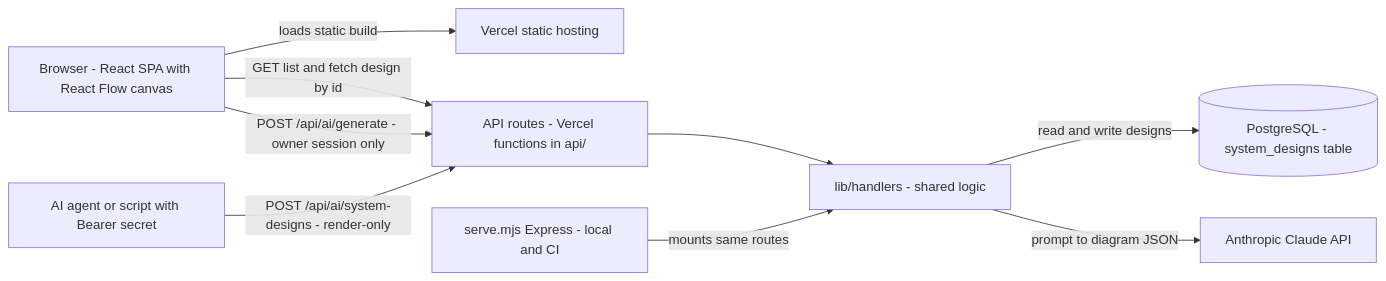
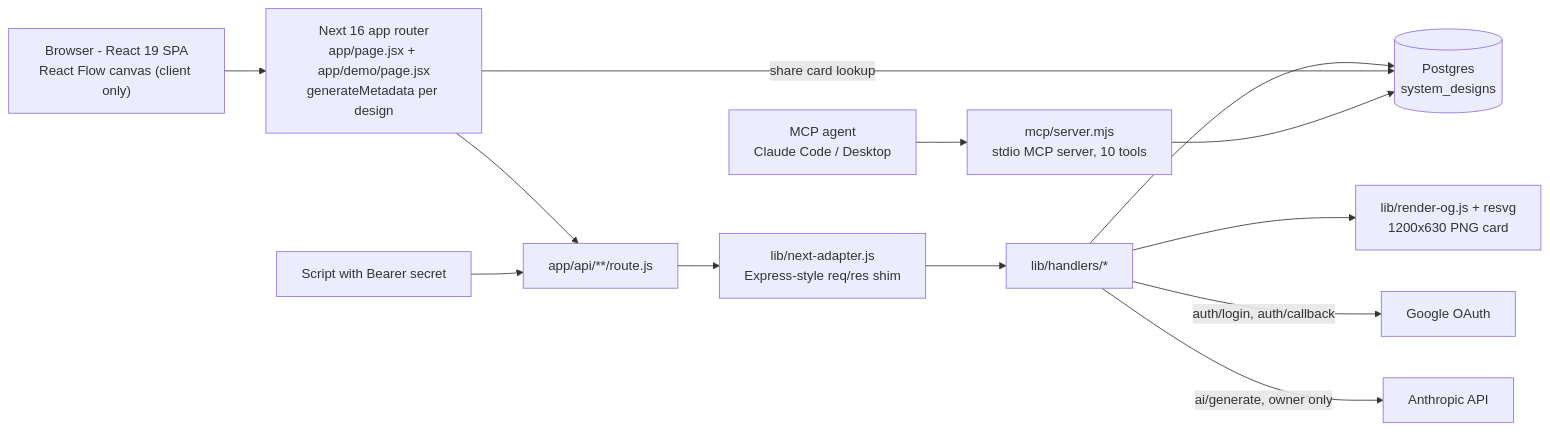
Before and after one commit to bunlongheng/system-design: the diagram in README.md, drawn with Mermaid. The commit also changed other lines of this file and 1 other file, not shown here.

First line of the commit message:
docs: README and MCP README rewritten for the Next.js app and the real API

````diff
--- a/README.md
+++ b/README.md
@@ -45,20 +36,26 @@
 ```mermaid
 flowchart LR
-  Browser["Browser - React SPA with React Flow canvas"]
-  Caller["AI agent or script with Bearer secret"]
-  Static["Vercel static hosting"]
-  API["API routes - Vercel functions in api/"]
-  Local["serve.mjs Express - local and CI"]
-  Handlers["lib/handlers - shared logic"]
-  DB[("PostgreSQL - system_designs table")]
-  Claude["Anthropic Claude API"]
+  Browser["Browser - React 19 SPA<br/>React Flow canvas (client only)"]
+  Pages["Next 16 app router<br/>app/page.jsx + app/demo/page.jsx<br/>generateMetadata per design"]
+  Routes["app/api/**/route.js"]
+  Adapter["lib/next-adapter.js<br/>Express-style req/res shim"]
+  Handlers["lib/handlers/*"]
+  OG["lib/render-og.js + resvg<br/>1200x630 PNG card"]
+  DB[("Postgres<br/>system_designs")]
+  MCP["mcp/server.mjs<br/>stdio MCP server, 10 tools"]
+  Agent["MCP agent<br/>Claude Code / Desktop"]
+  Caller["Script with Bearer secret"]
+  Google["Google OAuth"]
+  Claude["Anthropic API"]
 
-  Browser -->|"loads static build"| Static
-  Browser -->|"GET list and fetch design by id"| API
-  Browser -->|"POST /api/ai/generate - owner session only"| API
-  Caller -->|"POST /api/ai/system-designs - render-only"| API
-  API --> Handlers
-  Local -->|"mounts same routes"| Handlers
-  Handlers -->|"read and write designs"| DB
-  Handlers -->|"prompt to diagram JSON"| Claude
+  Browser --> Pages
+  Pages --> Routes
+  Caller --> Routes
+  Routes --> Adapter --> Handlers
+  Handlers --> DB
+  Handlers --> OG
+  Handlers -->|"auth/login, auth/callback"| Google
+  Handlers -->|"ai/generate, owner only"| Claude
+  Pages -->|"share card lookup"| DB
+  Agent --> MCP --> DB
 ```
````
